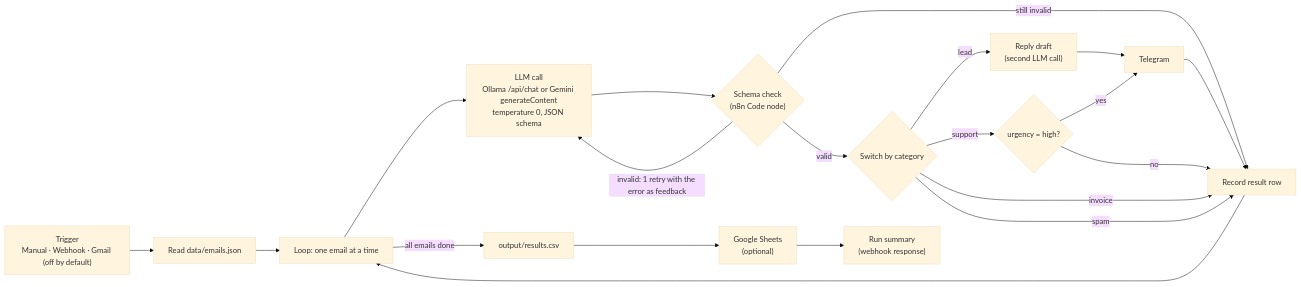
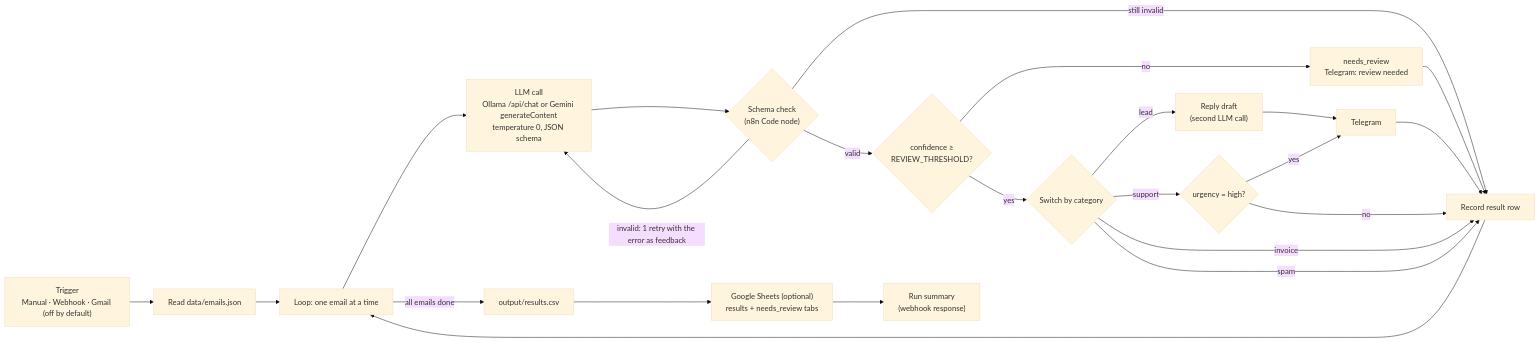
One commit to alkanefe22/ai-inbox-triage changed the diagram in README.md. Above: the diagram before and after it, drawn with Mermaid (base theme). The commit also changed other lines of this file and 6 other files, not shown here.

First line of the commit message:
Eval: per-category metrics, needs_review rate and reproducibility data

````diff
--- a/README.md
+++ b/README.md
@@ -11,19 +11,21 @@
 ```mermaid
 flowchart LR
     T["Trigger<br/>Manual · Webhook · Gmail (off by default)"] --> R["Read data/emails.json"]
     R --> L["Loop: one email at a time"]
     L --> LLM["LLM call<br/>Ollama /api/chat or Gemini generateContent<br/>temperature 0, JSON schema"]
     LLM --> V{"Schema check<br/>(n8n Code node)"}
     V -- "invalid: 1 retry with the error as feedback" --> LLM
     V -- "still invalid" --> REC
-    V -- "valid" --> S{"Switch by category"}
+    V -- "valid" --> C{"confidence ≥<br/>REVIEW_THRESHOLD?"}
+    C -- "no" --> NR["needs_review<br/>Telegram: review needed"] --> REC
+    C -- "yes" --> S{"Switch by category"}
     S -- lead --> RD["Reply draft<br/>(second LLM call)"] --> TG["Telegram"]
     S -- support --> U{"urgency = high?"}
     U -- yes --> TG
     U -- no --> REC
     S -- invoice --> REC
     S -- spam --> REC
     TG --> REC["Record result row"]
     REC --> L
-    L -- "all emails done" --> CSV["output/results.csv"] --> SH["Google Sheets<br/>(optional)"] --> SUM["Run summary<br/>(webhook response)"]
+    L -- "all emails done" --> CSV["output/results.csv"] --> SH["Google Sheets (optional)<br/>results + needs_review tabs"] --> SUM["Run summary<br/>(webhook response)"]
 ```
````
